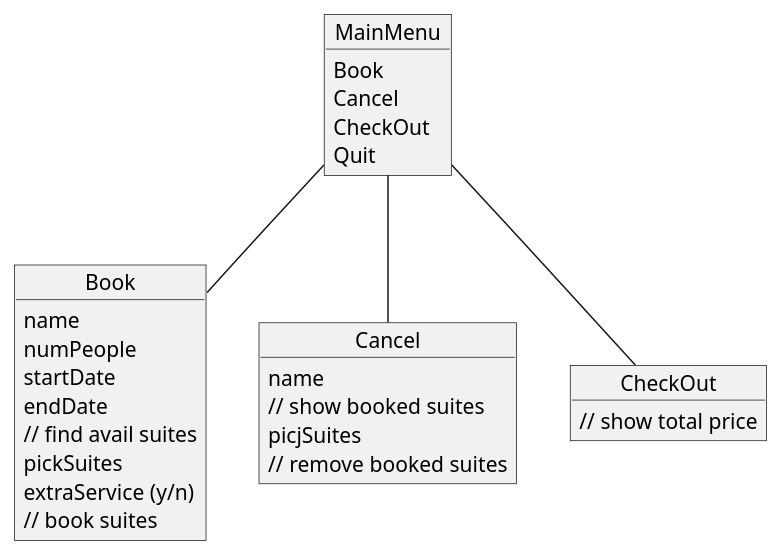
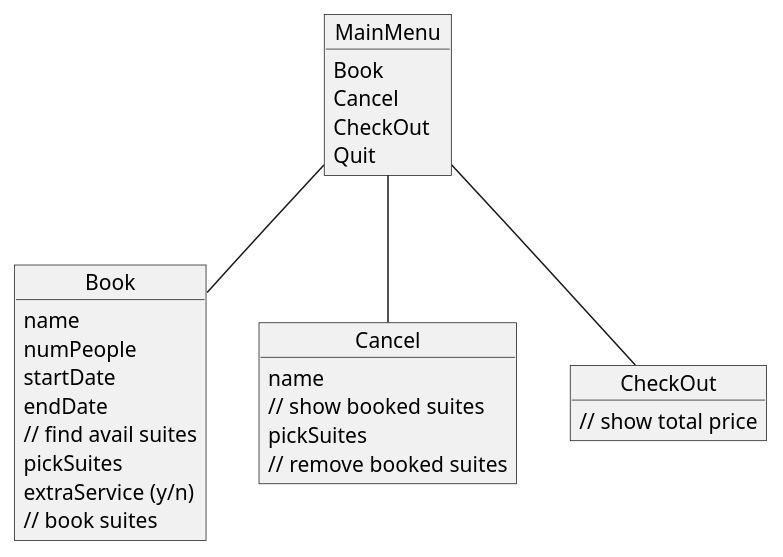
Before and after one commit to AsgerLA/SP4: the diagram in doc/menuUI.puml, drawn with PlantUML. The commit also changed 4 other files, not shown here.

```diff
--- a/doc/menuUI.puml
+++ b/doc/menuUI.puml
@@ -1,35 +1,35 @@
 @startuml
 
 object MainMenu {
     Book
     Cancel
     CheckOut
     Quit
 }
 
 object Book {
     name
     numPeople
     startDate
     endDate
     // find avail suites
     pickSuites
     extraService (y/n)
     // book suites
 }
 
 object Cancel {
     name
     // show booked suites
-    picjSuites
+    pickSuites
     // remove booked suites
 }
 
 object CheckOut {
     // show total price
 }
 
 MainMenu -- Book
 MainMenu -- Cancel
 MainMenu -- CheckOut
 @enduml
```
